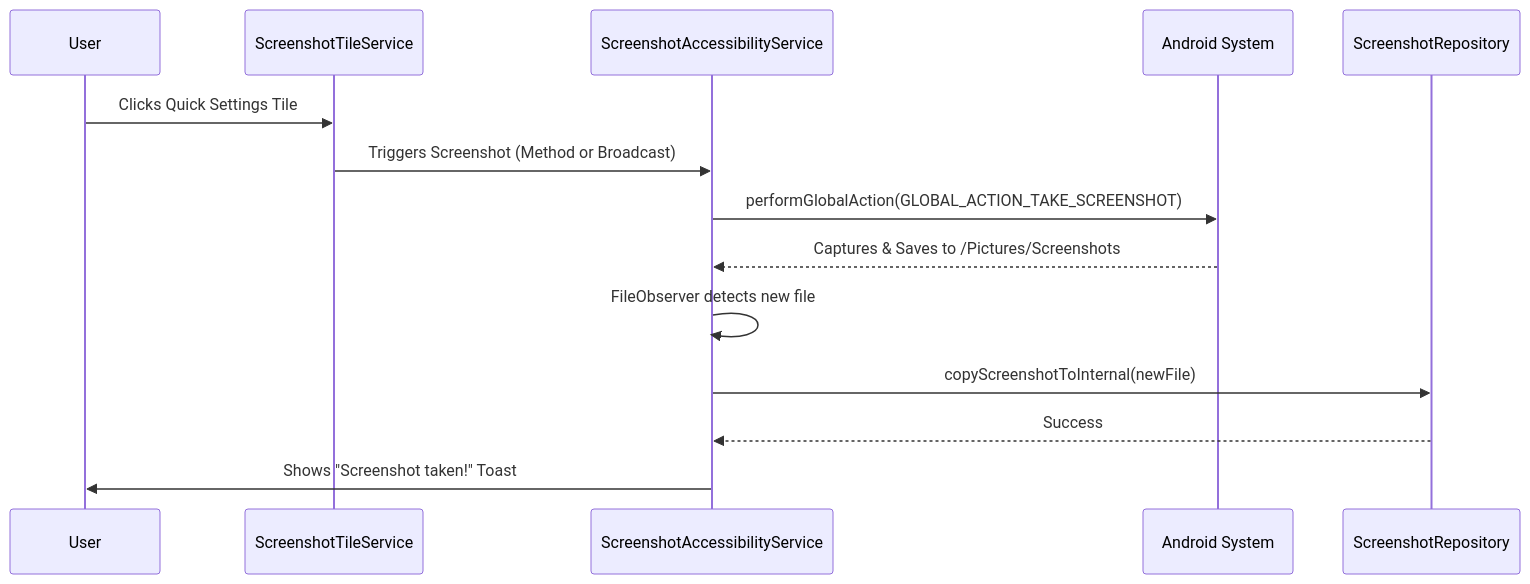
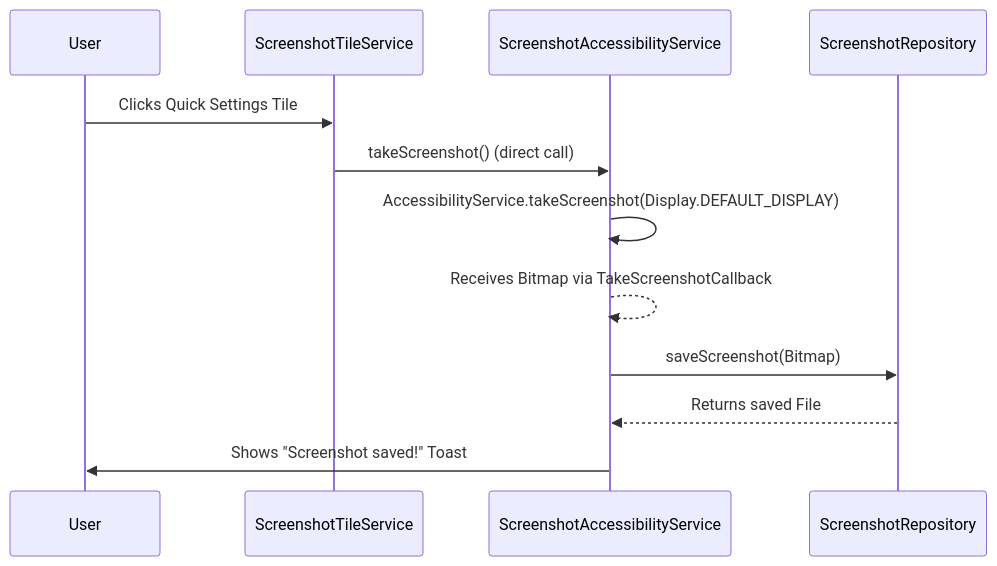
The diagram in docs/architecture.md (BFCmath/snapshort), drawn with Mermaid before and after one commit. The commit also changed other lines of this file and 8 other files, not shown here.

Commit message:
feat(storage and screenshot): fix screenshot using accessiblity service and local saving

````diff
--- a/docs/architecture.md
+++ b/docs/architecture.md
@@ -13,17 +13,15 @@
 ```mermaid
 sequenceDiagram
     participant User
     participant Tile as ScreenshotTileService
     participant Acc as ScreenshotAccessibilityService
-    participant System as Android System
     participant Repo as ScreenshotRepository
 
     User->>Tile: Clicks Quick Settings Tile
-    Tile->>Acc: Triggers Screenshot (Method or Broadcast)
-    Acc->>System: performGlobalAction(GLOBAL_ACTION_TAKE_SCREENSHOT)
-    System-->>Acc: Captures & Saves to /Pictures/Screenshots
-    Acc->>Acc: FileObserver detects new file
-    Acc->>Repo: copyScreenshotToInternal(newFile)
-    Repo-->>Acc: Success
-    Acc->>User: Shows "Screenshot taken!" Toast
+    Tile->>Acc: takeScreenshot() (direct call)
+    Acc->>Acc: AccessibilityService.takeScreenshot(Display.DEFAULT_DISPLAY)
+    Acc-->>Acc: Receives Bitmap via TakeScreenshotCallback
+    Acc->>Repo: saveScreenshot(Bitmap)
+    Repo-->>Acc: Returns saved File
+    Acc->>User: Shows "Screenshot saved!" Toast
 ```
````
